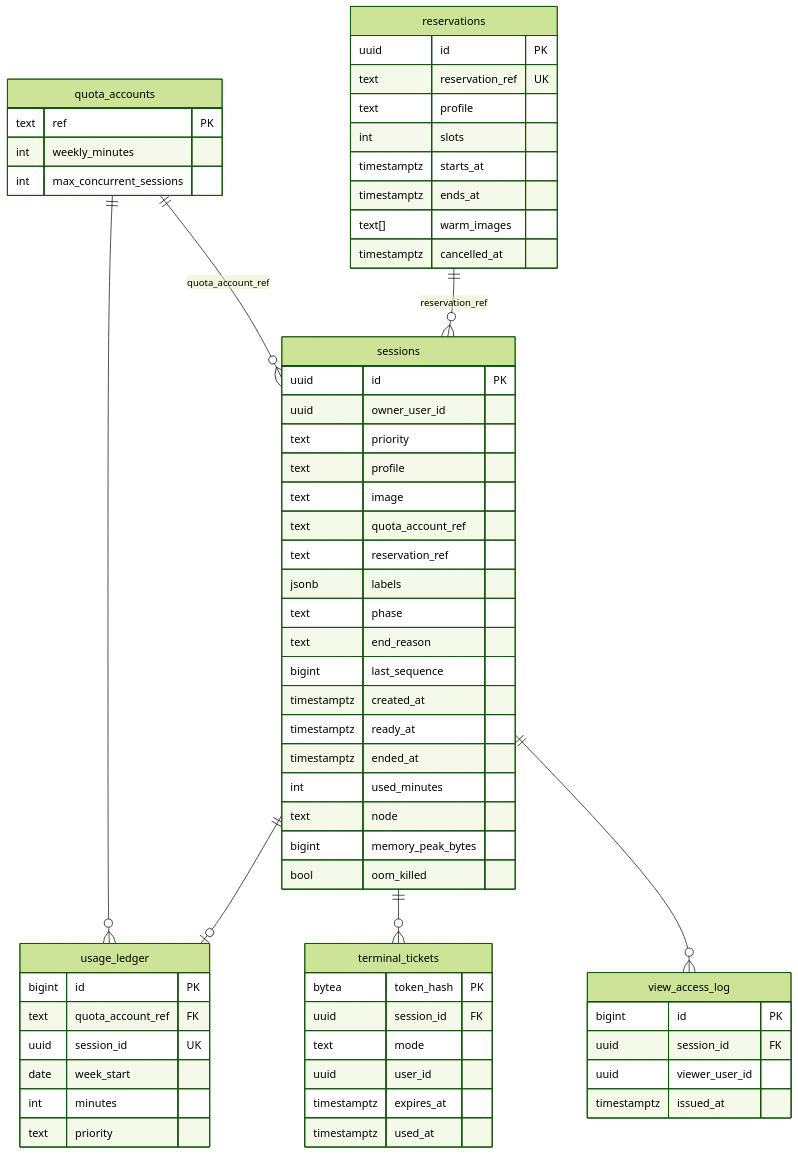
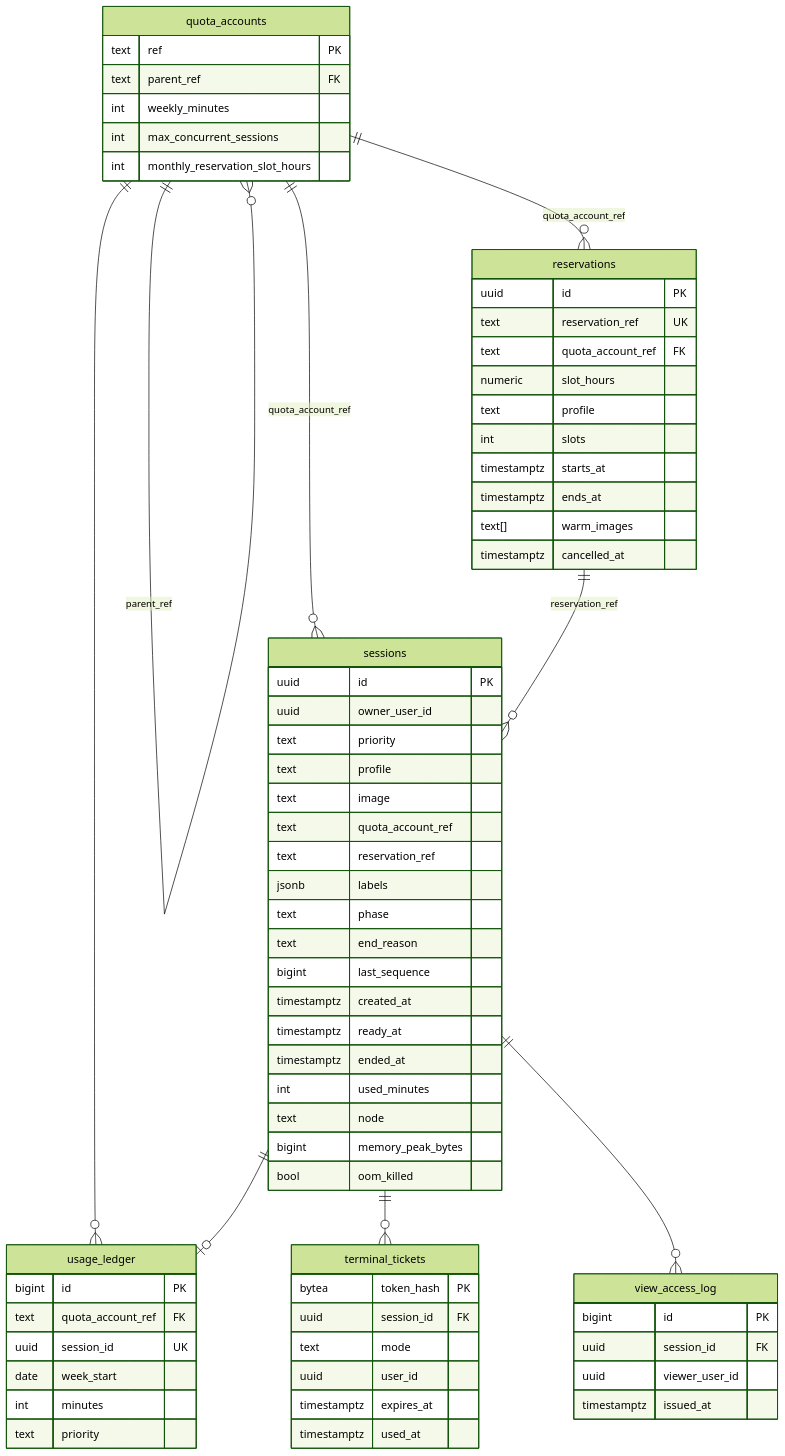
Before and after one commit to NhatMinh0311/Crucible: the second of 2 diagrams in docs/modules/m1-runtime.md, drawn with Mermaid (forest theme). The commit also changed other lines of this file and 8 other files, not shown here.

````diff
--- a/docs/modules/m1-runtime.md
+++ b/docs/modules/m1-runtime.md
@@ -173,67 +177,73 @@
 ```mermaid
 erDiagram
     quota_accounts ||--o{ sessions : "quota_account_ref"
+    quota_accounts ||--o{ quota_accounts : "parent_ref"
+    quota_accounts ||--o{ reservations : "quota_account_ref"
     quota_accounts ||--o{ usage_ledger : ""
     sessions ||--o| usage_ledger : ""
     sessions ||--o{ terminal_tickets : ""
     sessions ||--o{ view_access_log : ""
     reservations ||--o{ sessions : "reservation_ref"
 
     sessions {
         uuid id PK
         uuid owner_user_id
         text priority
         text profile
         text image
         text quota_account_ref
         text reservation_ref
         jsonb labels
         text phase
         text end_reason
         bigint last_sequence
         timestamptz created_at
         timestamptz ready_at
         timestamptz ended_at
         int used_minutes
         text node
         bigint memory_peak_bytes
         bool oom_killed
     }
     quota_accounts {
         text ref PK
+        text parent_ref FK
         int weekly_minutes
         int max_concurrent_sessions
+        int monthly_reservation_slot_hours
     }
     usage_ledger {
         bigint id PK
         text quota_account_ref FK
         uuid session_id UK
         date week_start
         int minutes
         text priority
     }
     reservations {
         uuid id PK
         text reservation_ref UK
+        text quota_account_ref FK
+        numeric slot_hours
         text profile
         int slots
         timestamptz starts_at
         timestamptz ends_at
         text[] warm_images
         timestamptz cancelled_at
     }
     terminal_tickets {
         bytea token_hash PK
         uuid session_id FK
         text mode
         uuid user_id
         timestamptz expires_at
         timestamptz used_at
     }
     view_access_log {
         bigint id PK
         uuid session_id FK
         uuid viewer_user_id
         timestamptz issued_at
     }
 ```
````
